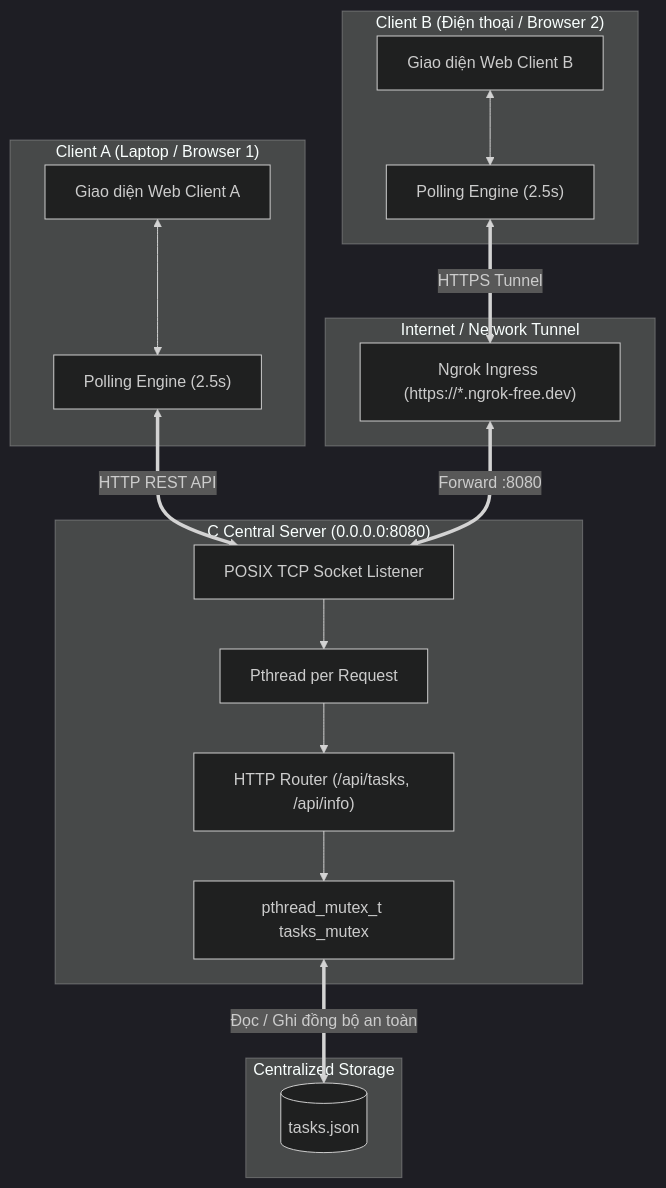
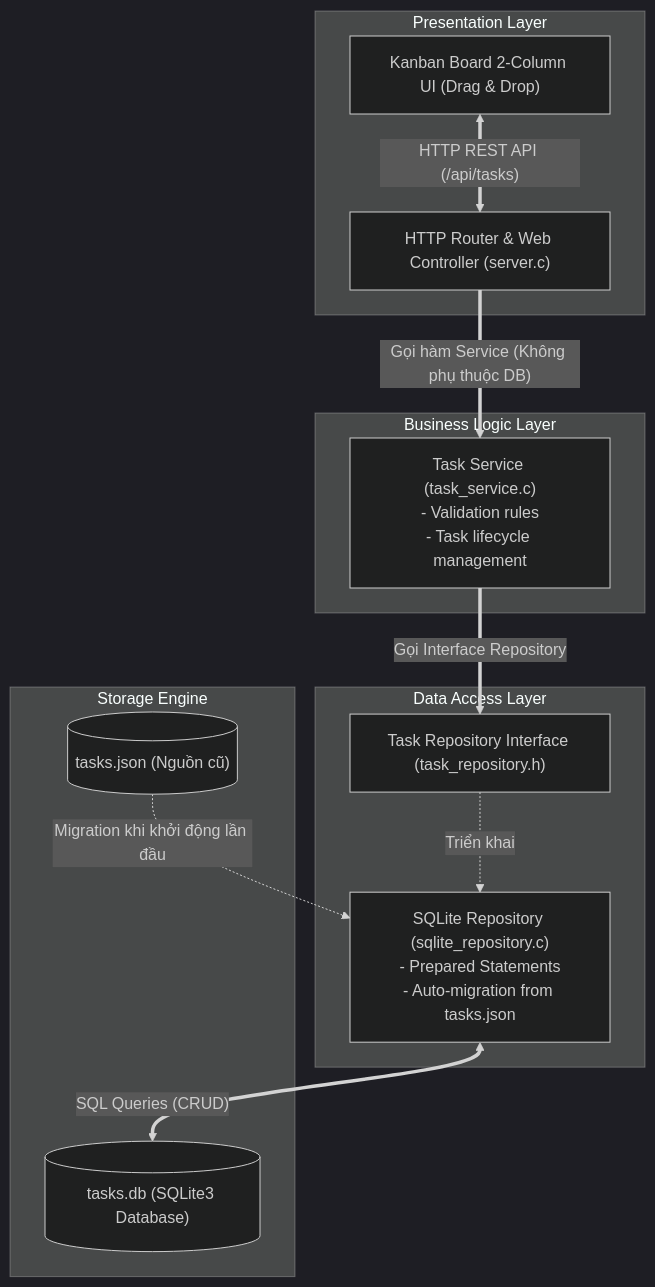
The diagram in README.md (NguyenDuyHao-cheems/CNPM-W7-TODO), drawn with Mermaid (dark theme) before and after one commit. The commit also changed other lines of this file and 12 other files, not shown here.

Commit message:
feat(v3): implement Version 3 - N-Layer architecture, SQLite database migration, and Kanban board UI

````diff
--- a/README.md
+++ b/README.md
@@ -112,35 +138,27 @@
 ```mermaid
 graph TD
-    subgraph ClientA ["Client A (Laptop / Browser 1)"]
-        UIA["Giao diện Web Client A"]
-        JSA["Polling Engine (2.5s)"]
-        UIA <--> JSA
+    subgraph Presentation ["Presentation Layer"]
+        KanbanUI["Kanban Board 2-Column UI (Drag & Drop)"]
+        HTTPRouter["HTTP Router & Web Controller (server.c)"]
+        KanbanUI <==>|"HTTP REST API (/api/tasks)"| HTTPRouter
     end
 
-    subgraph ClientB ["Client B (Điện thoại / Browser 2)"]
-        UIB["Giao diện Web Client B"]
-        JSB["Polling Engine (2.5s)"]
-        UIB <--> JSB
+    subgraph BusinessLogic ["Business Logic Layer"]
+        TaskService["Task Service (task_service.c)<br/>- Validation rules<br/>- Task lifecycle management"]
+        HTTPRouter ==>|"Gọi hàm Service (Không phụ thuộc DB)"| TaskService
     end
 
-    subgraph Tunnel ["Internet / Network Tunnel"]
-        Ngrok["Ngrok Ingress (https://*.ngrok-free.dev)"]
+    subgraph DataAccess ["Data Access Layer"]
+        RepoInterface["Task Repository Interface (task_repository.h)"]
+        SQLiteRepo["SQLite Repository (sqlite_repository.c)<br/>- Prepared Statements<br/>- Auto-migration from tasks.json"]
+        TaskService ==>|"Gọi Interface Repository"| RepoInterface
+        RepoInterface -.->|"Triển khai"| SQLiteRepo
     end
 
-    subgraph Server ["C Central Server (0.0.0.0:8080)"]
-        Listener["POSIX TCP Socket Listener"]
-        PthreadPool["Pthread per Request"]
-        Router["HTTP Router (/api/tasks, /api/info)"]
-        Mutex["pthread_mutex_t tasks_mutex"]
-
-        Listener --> PthreadPool --> Router --> Mutex
+    subgraph DatabaseEngine ["Storage Engine"]
+        SQLiteDB[("tasks.db (SQLite3 Database)")]
+        LegacyJSON[("tasks.json (Nguồn cũ)")]
+        SQLiteRepo <==>|"SQL Queries (CRUD)"| SQLiteDB
+        LegacyJSON -.->|"Migration khi khởi động lần đầu"| SQLiteRepo
     end
-
-    subgraph Storage ["Centralized Storage"]
-        TasksJSON[("tasks.json")]
-    end
-
-    JSA <==>|"HTTP REST API"| Listener
-    JSB <==>|"HTTPS Tunnel"| Ngrok <==>|"Forward :8080"| Listener
-    Mutex <==>|"Đọc / Ghi đồng bộ an toàn"| TasksJSON
 ```
````
